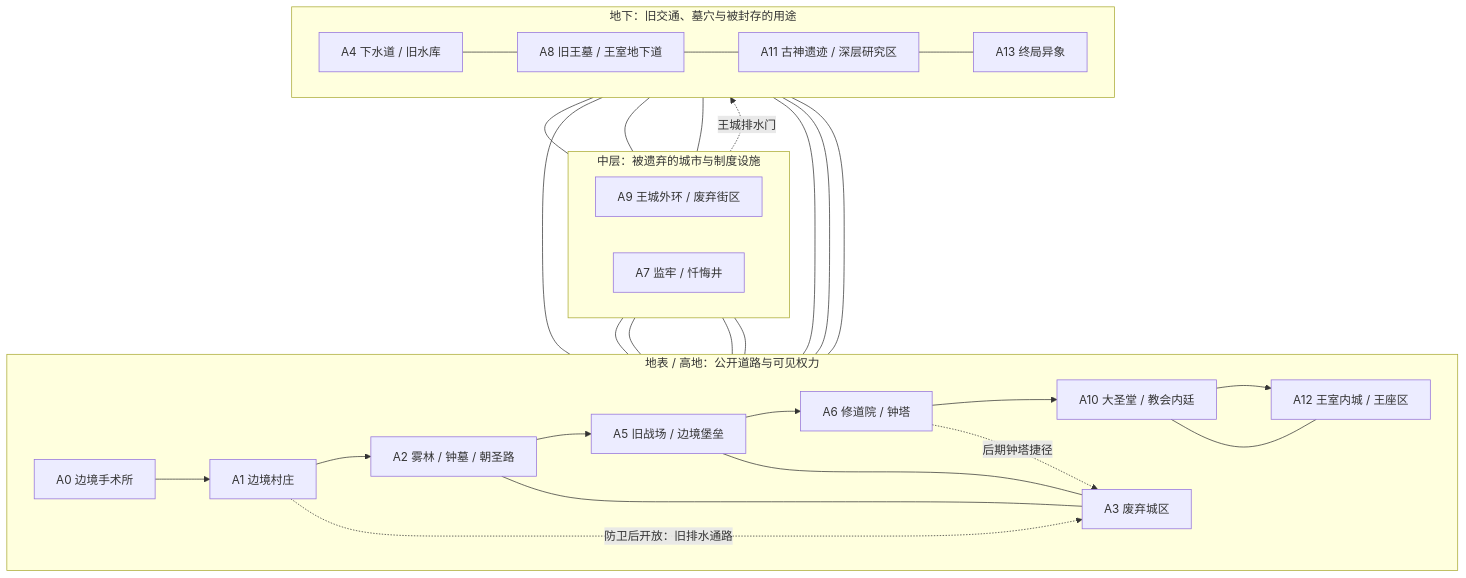
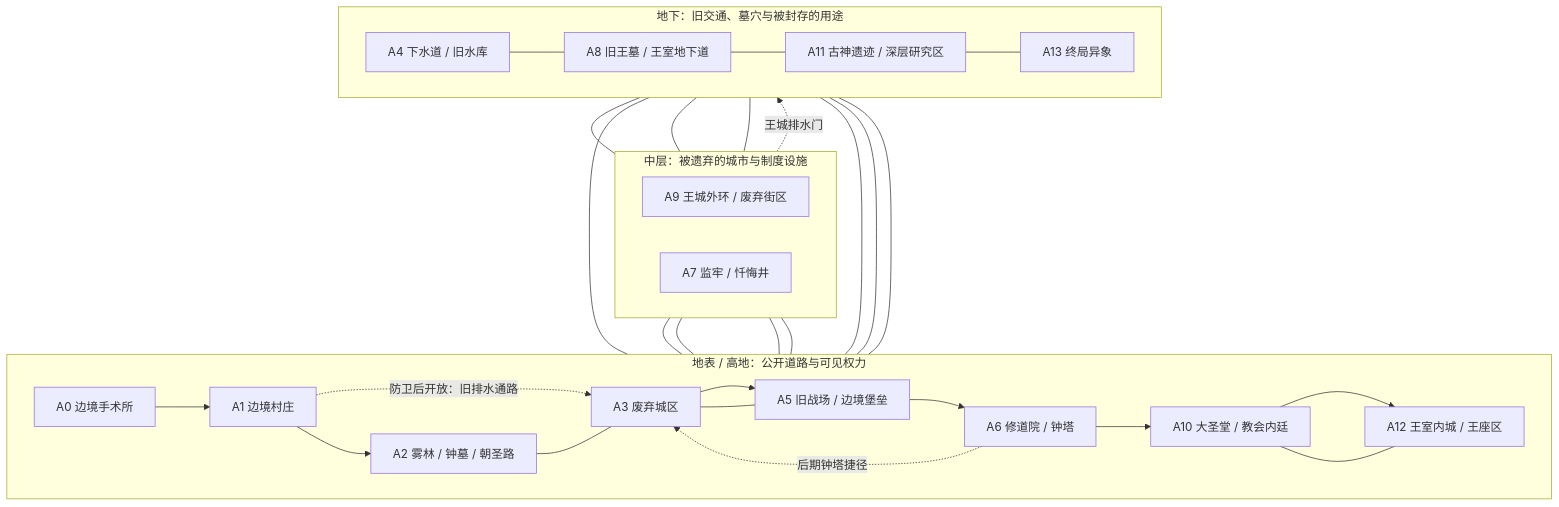
One commit to aspros-luo/Nereis-Hero changed the diagram in docs/COMPLETE_WORLD_MAP_ATLAS_CN.md. Above: the diagram before and after it, drawn with Mermaid. The commit also changed other lines of this file, not shown here.

````diff
--- a/docs/COMPLETE_WORLD_MAP_ATLAS_CN.md
+++ b/docs/COMPLETE_WORLD_MAP_ATLAS_CN.md
@@ -41,45 +42,45 @@
 ```mermaid
 flowchart TB
   subgraph SURFACE["地表 / 高地：公开道路与可见权力"]
     direction LR
     A0["A0 边境手术所"] --> A1["A1 边境村庄"]
     A1 --> A2["A2 雾林 / 钟墓 / 朝圣路"]
     A1 -. "防卫后开放：旧排水通路" .-> A3["A3 废弃城区"]
-    A2 --> A5["A5 旧战场 / 边境堡垒"]
+    A3 --> A5["A5 旧战场 / 边境堡垒"]
     A5 --> A6["A6 修道院 / 钟塔"]
     A6 --> A10["A10 大圣堂 / 教会内廷"]
     A10 --> A12["A12 王室内城 / 王座区"]
   end
   subgraph MID["中层：被遗弃的城市与制度设施"]
     direction LR
     A3["A3 废弃城区"]
     A9["A9 王城外环 / 废弃街区"]
     A7["A7 监牢 / 忏悔井"]
   end
   subgraph UNDER["地下：旧交通、墓穴与被封存的用途"]
     direction LR
     A4["A4 下水道 / 旧水库"]
     A8["A8 旧王墓 / 王室地下道"]
     A11["A11 古神遗迹 / 深层研究区"]
     A13["A13 终局异象"]
   end
   A2 --- A3
   A3 --- A4
   A3 --- A5
   A4 --- A1
   A4 --- A8
   A3 --- A9
   A6 --- A7
   A7 --- A4
   A7 --- A8
   A8 --- A9
   A8 --- A11
   A9 --- A10
   A9 --- A12
   A10 --- A11
   A10 --- A12
   A11 --- A13
   A12 --- A13
   A6 -. "后期钟塔捷径" .-> A3
   A9 -. "王城排水门" .-> A4
 ```
````
